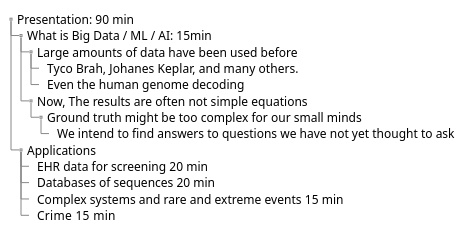
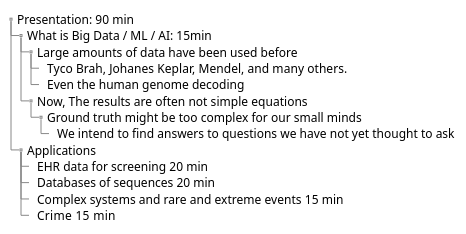
The diagram in presentations/BigData4SmallMinds.md (zeroknowledgediscovery/zedwiki), drawn with PlantUML before and after one commit.

Commit message:
Updated BigData4SmallMinds.md (markdown)

```diff
--- a/presentations/BigData4SmallMinds.md
+++ b/presentations/BigData4SmallMinds.md
@@ -1,20 +1,20 @@
 @startuml
 salt
 {
 {T
  + Presentation: 90 min
  ++ What is Big Data / ML / AI: 15min
  +++ Large amounts of data have been used before
- ++++ Tyco Brah, Johanes Keplar, and many others.
+ ++++ Tyco Brah, Johanes Keplar, Mendel, and many others.
  ++++ Even the human genome decoding
  +++ Now, The results are often not simple equations
  ++++Ground truth might be too complex for our small minds
  +++++ We intend to find answers to questions we have not yet thought to ask
  ++ Applications
  +++ EHR data for screening 20 min
  +++ Databases of sequences 20 min
  +++ Complex systems and rare and extreme events 15 min
  +++ Crime  15 min
  }
 }
 @enduml
```
